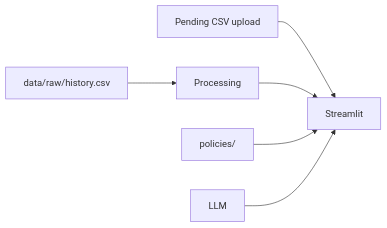
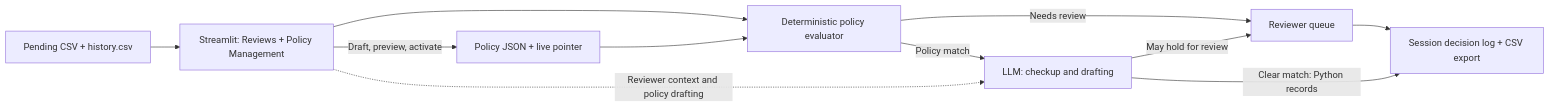
Before and after one commit to ronshrb/refund_system_ww: the first of 2 diagrams in README.md, drawn with Mermaid. The commit also changed other lines of this file, not shown here.

````diff
--- a/README.md
+++ b/README.md
@@ -100,7 +98,13 @@
 ```mermaid
 flowchart LR
-  upload[Pending CSV upload] --> app[Streamlit]
-  history[data/raw/history.csv] --> processing[Processing] --> app
-  policies[policies/] --> app
-  llm[LLM] --> app
+  files[Pending CSV + history.csv] --> app[Streamlit: Reviews + Policy Management]
+  policies[Policy JSON + live pointer] --> evaluator[Deterministic policy evaluator]
+  app --> evaluator
+  evaluator -->|Needs review| reviewer[Reviewer queue]
+  evaluator -->|Policy match| llm[LLM: checkup and drafting]
+  llm -->|May hold for review| reviewer
+  app -->|Draft, preview, activate| policies
+  llm -->|Clear match: Python records| decisions
+  reviewer --> decisions[Session decision log + CSV export]
+  app -.->|Reviewer context and policy drafting| llm
 ```
````
